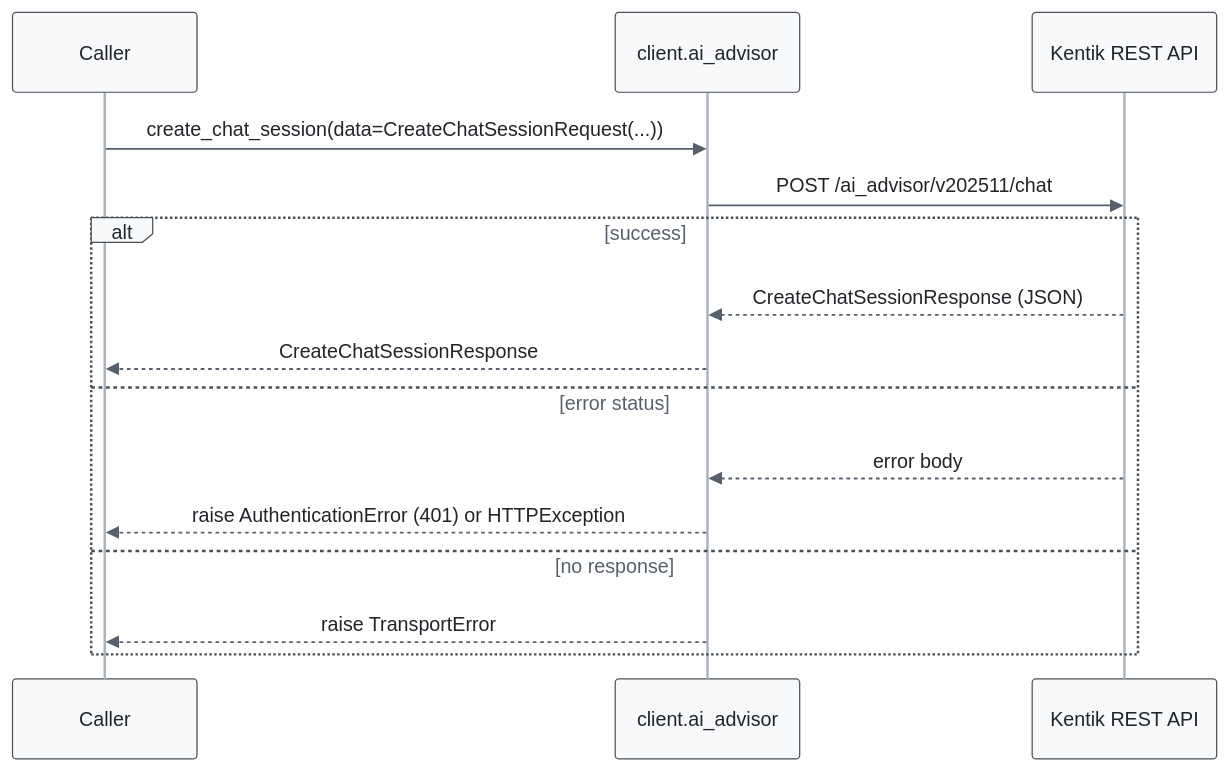
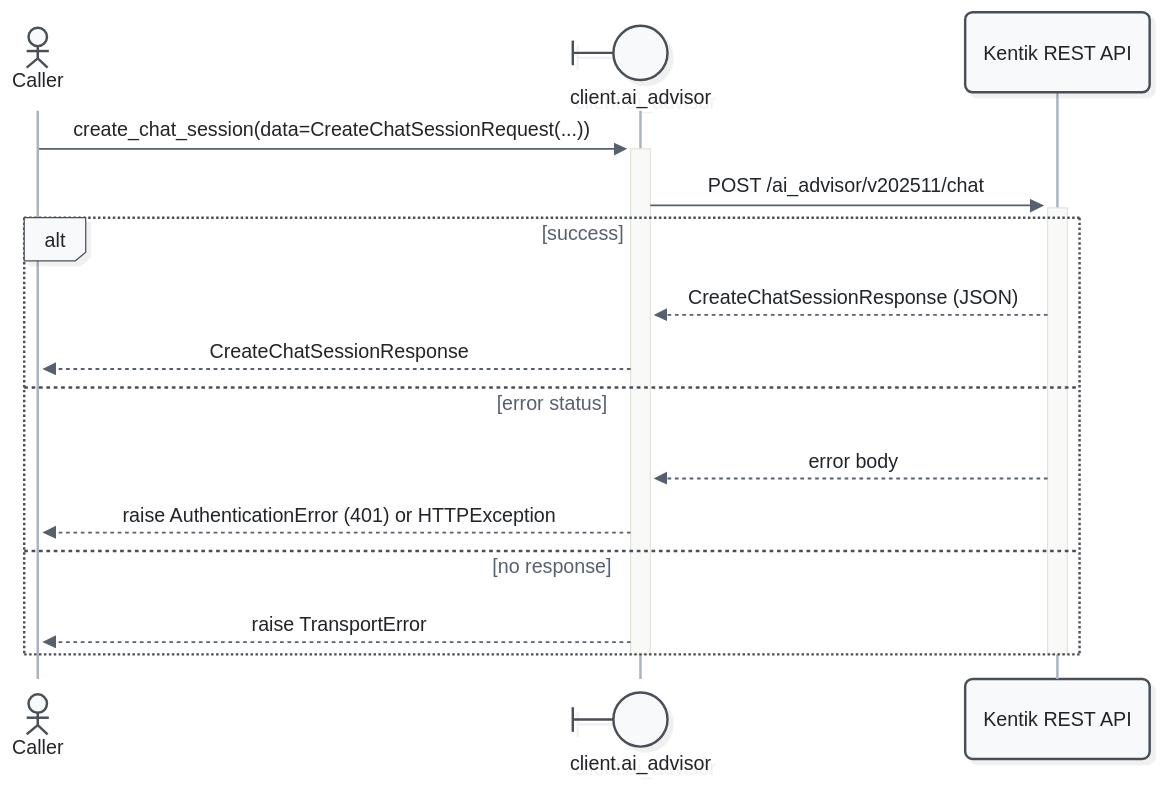
One commit to alexdearaujo/community_sdk_python changed the first of 7 diagrams in docs/sphinx/services/ai_advisor.md. Above: the diagram before and after it, drawn with Mermaid. The commit also changed other lines of this file and 52 other files, not shown here.

First line of the commit message:
docs: Mermaid 12 sequence diagrams with participant types and path colors

````diff
--- a/docs/sphinx/services/ai_advisor.md
+++ b/docs/sphinx/services/ai_advisor.md
@@ -33,19 +33,21 @@
 ```mermaid
-%%{init: {"theme": "base", "fontFamily": "ui-monospace, SFMono-Regular, Menlo, monospace", "themeVariables": {"fontFamily": "ui-monospace, SFMono-Regular, Menlo, monospace", "primaryColor": "#f8f9fa", "primaryBorderColor": "#495057", "primaryTextColor": "#212529", "textColor": "#212529", "lineColor": "#77818c", "edgeLabelBackground": "#ffffff", "actorBkg": "#f8f9fa", "actorBorder": "#495057", "actorTextColor": "#212529", "actorLineColor": "#a9b3be", "signalColor": "#57616d", "signalTextColor": "#212529", "labelBoxBkgColor": "#f8f9fa", "labelBoxBorderColor": "#495057", "labelTextColor": "#212529", "loopTextColor": "#57616d", "noteBkgColor": "#fff9db", "noteBorderColor": "#f08c00", "noteTextColor": "#a35a00"}, "flowchart": {"curve": "step", "nodeSpacing": 30, "rankSpacing": 70, "wrappingWidth": 400}}}%%
+%%{init: {"theme": "redux", "look": "neo", "layout": "dagre", "fontFamily": "ui-monospace, SFMono-Regular, Menlo, monospace", "themeVariables": {"fontFamily": "ui-monospace, SFMono-Regular, Menlo, monospace", "primaryColor": "#f8f9fa", "primaryBorderColor": "#495057", "primaryTextColor": "#212529", "textColor": "#212529", "lineColor": "#77818c", "edgeLabelBackground": "#ffffff", "actorBkg": "#f8f9fa", "actorBorder": "#495057", "actorTextColor": "#212529", "actorLineColor": "#a9b3be", "signalColor": "#57616d", "signalTextColor": "#212529", "labelBoxBkgColor": "#f8f9fa", "labelBoxBorderColor": "#495057", "labelTextColor": "#212529", "loopTextColor": "#57616d", "noteBkgColor": "#fff9db", "noteBorderColor": "#f08c00", "noteTextColor": "#a35a00"}, "sequence": {"activationWidth": 16}, "flowchart": {"curve": "step", "nodeSpacing": 30, "rankSpacing": 70, "wrappingWidth": 400}}}%%
 sequenceDiagram
-    participant C as Caller
-    participant W as client.ai_advisor
+    actor C as Caller
+    participant W@{ "type": "boundary" } as client.ai_advisor
     participant API as Kentik REST API
 
-    C->>W: create_chat_session(data=CreateChatSessionRequest(...))
-    W->>API: POST /ai_advisor/v202511/chat
+    C->>+W: create_chat_session(data=CreateChatSessionRequest(...))
+    W->>+API: POST /ai_advisor/v202511/chat
     alt success
         API-->>W: CreateChatSessionResponse (JSON)
         W-->>C: CreateChatSessionResponse
     else error status
         API-->>W: error body
         W-->>C: raise AuthenticationError (401) or HTTPException
     else no response
         W-->>C: raise TransportError
     end
+    deactivate API
+    deactivate W
 ```
````
